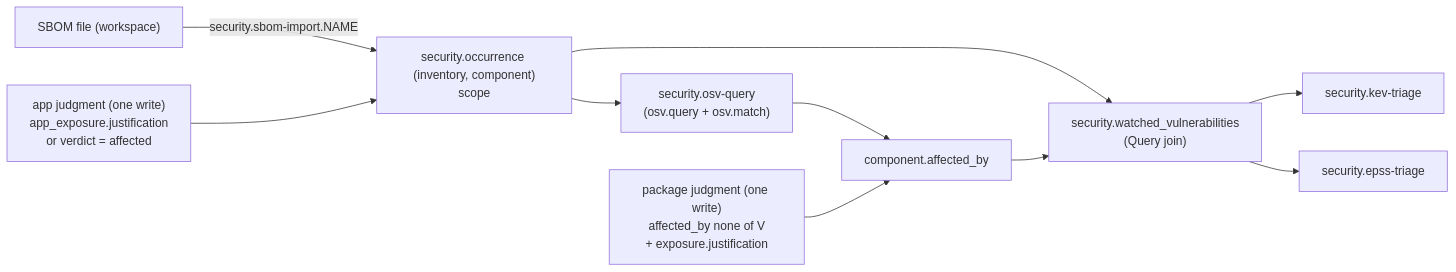
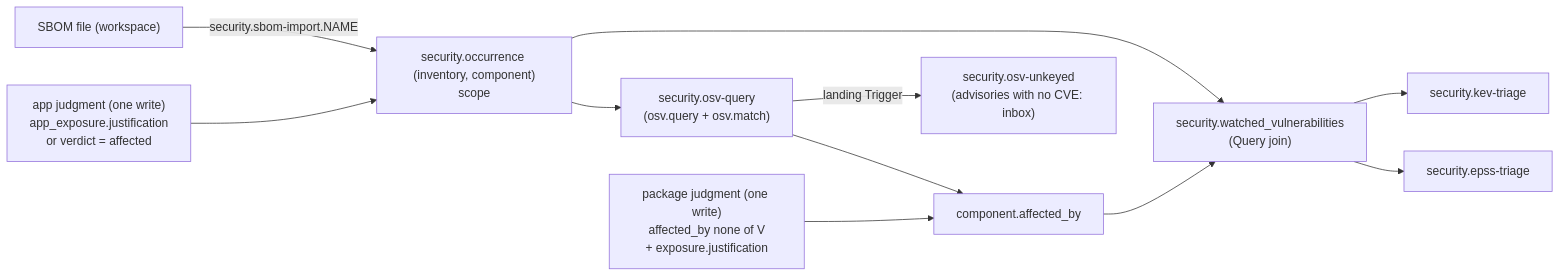
One commit to cruxible-ai/cruxible-kits changed the first of 2 diagrams in kits/security/source/pilot/README.md. Above: the diagram before and after it, drawn with Mermaid. The commit also changed other lines of this file and 3 other files, not shown here.

First line of the commit message:
Security docs and guidance: where advisories with no CVE id appear

````diff
--- a/kits/security/source/pilot/README.md
+++ b/kits/security/source/pilot/README.md
@@ -33,12 +33,13 @@
 ```mermaid
 flowchart LR
   sbom["SBOM file (workspace)"] -->|security.sbom-import.NAME| occ["security.occurrence (inventory, component)<br/>scope"]
   occ --> osvq["security.osv-query<br/>(osv.query + osv.match)"]
   osvq --> aff["component.affected_by"]
+  osvq -->|"landing Trigger"| unk["security.osv-unkeyed<br/>(advisories with no CVE: inbox)"]
   occ --> watch["security.watched_vulnerabilities<br/>(Query join)"]
   aff --> watch
   watch --> kev["security.kev-triage"]
   watch --> epss["security.epss-triage"]
   pkg["package judgment (one write)<br/>affected_by none of V<br/>+ exposure.justification"] --> aff
   app["app judgment (one write)<br/>app_exposure.justification<br/>or verdict = affected"] --> occ
 ```
````
